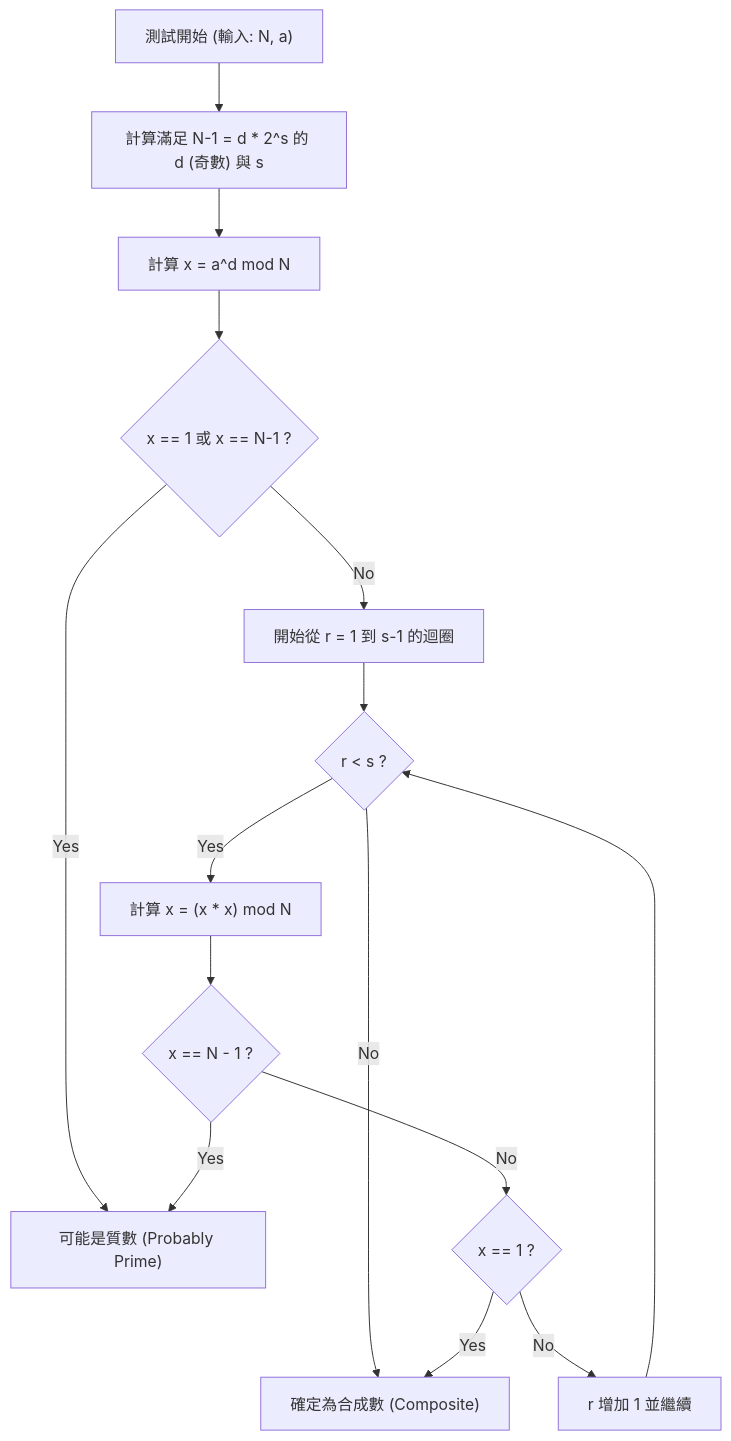
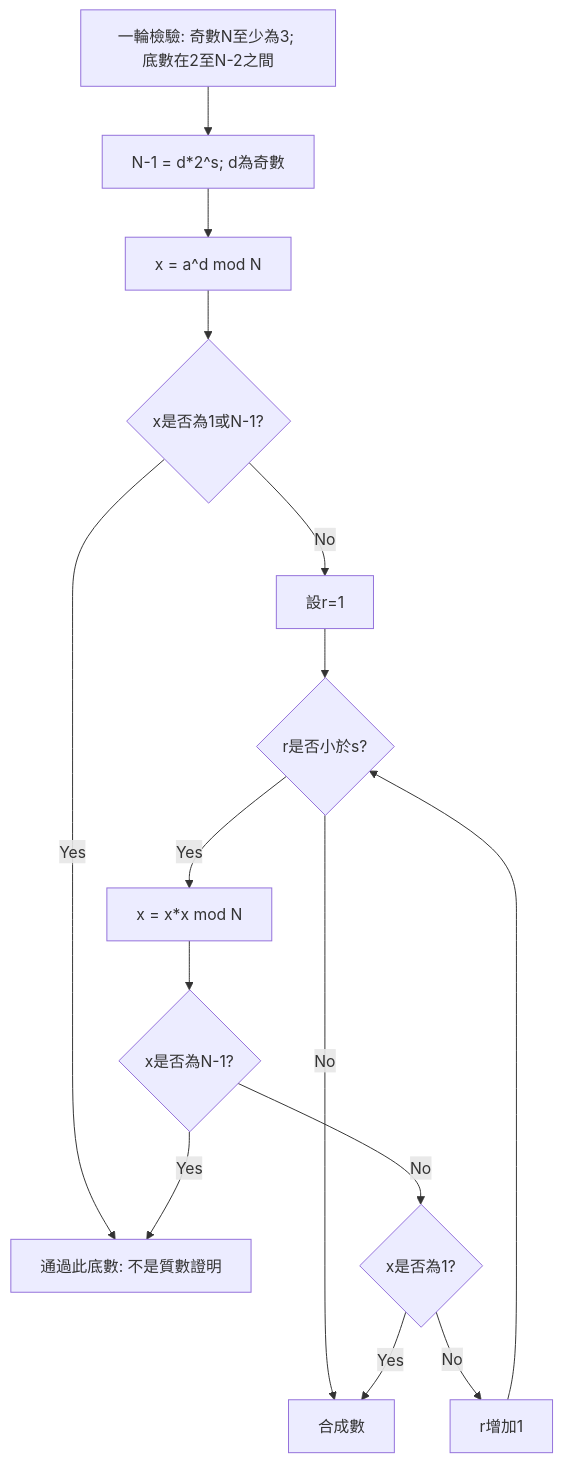
The first of 2 diagrams in content/post/cppで実装する高速な素数判定アルゴリズム/index.zh-tw.md (kenjinote/blog), drawn with Mermaid before and after one commit. The commit also changed other lines of this file and 4 other files, not shown here.

````diff
--- a/content/post/cppで実装する高速な素数判定アルゴリズム/index.zh-tw.md
+++ b/content/post/cppで実装する高速な素数判定アルゴリズム/index.zh-tw.md
@@ -124,20 +116,17 @@
 ```mermaid
 graph TD
-    Start["測試開始 (輸入: N, a)"] --> CalcDS["計算滿足 N-1 = d * 2^s 的 d (奇數) 與 s"]
-    CalcDS --> CalcX["計算 x = a^d mod N"]
-    CalcX --> CheckX1{"x == 1 或 x == N-1 ?"}
-    CheckX1 -- Yes --> ReturnTrue["可能是質數 (Probably Prime)"]
-    CheckX1 -- No --> LoopStart["開始從 r = 1 到 s-1 的迴圈"]
-    
-    LoopStart --> LoopCondition{"r < s ?"}
-    LoopCondition -- No --> ReturnFalse["確定為合成數 (Composite)"]
-    LoopCondition -- Yes --> SquareX["計算 x = (x * x) mod N"]
-    
-    SquareX --> CheckXMinus1{"x == N - 1 ?"}
-    CheckXMinus1 -- Yes --> ReturnTrue
-    CheckXMinus1 -- No --> CheckXOne{"x == 1 ?"}
-    
-    CheckXOne -- Yes --> ReturnFalse
-    CheckXOne -- No --> LoopNext["r 增加 1 並繼續"]
-    LoopNext --> LoopCondition
+    Start["一輪檢驗: 奇數N至少為3; 底數在2至N-2之間"] --> DS["N-1 = d*2^s; d為奇數"]
+    DS --> Power["x = a^d mod N"]
+    Power --> First{"x是否為1或N-1?"}
+    First -- Yes --> Pass["通過此底數: 不是質數證明"]
+    First -- No --> Init["設r=1"]
+    Init --> More{"r是否小於s?"}
+    More -- No --> Fail["合成數"]
+    More -- Yes --> Square["x = x*x mod N"]
+    Square --> Minus{"x是否為N-1?"}
+    Minus -- Yes --> Pass
+    Minus -- No --> One{"x是否為1?"}
+    One -- Yes --> Fail
+    One -- No --> Next["r增加1"]
+    Next --> More
 ```
````
